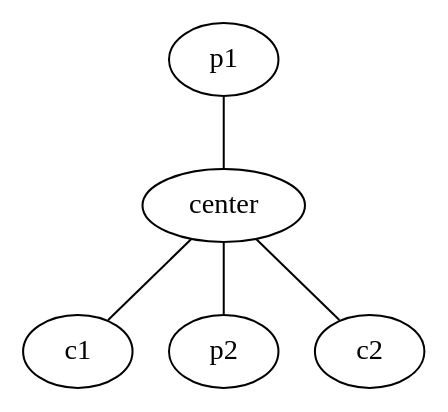
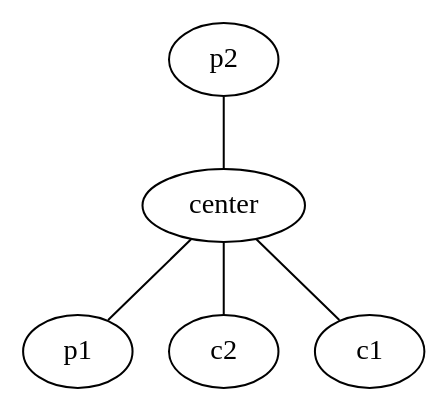
Before and after one commit to rrtucci/JudeasRx: the diagram in examples_cbnets/graph1.dot, drawn with Graphviz. The commit also changed 12 other files, not shown here.

Commit message:
gave Graph, Dag and BayesNet a __deepcopy__

```diff
--- a/examples_cbnets/graph1.dot
+++ b/examples_cbnets/graph1.dot
@@ -1,11 +1,11 @@
 strict graph  {
+p2;
+center;
 p1;
-center;
+c2;
 c1;
-p2;
-c2;
-p1 -- center;
+p2 -- center;
+center -- p1;
+center -- c2;
 center -- c1;
-center -- p2;
-center -- c2;
 }
```
